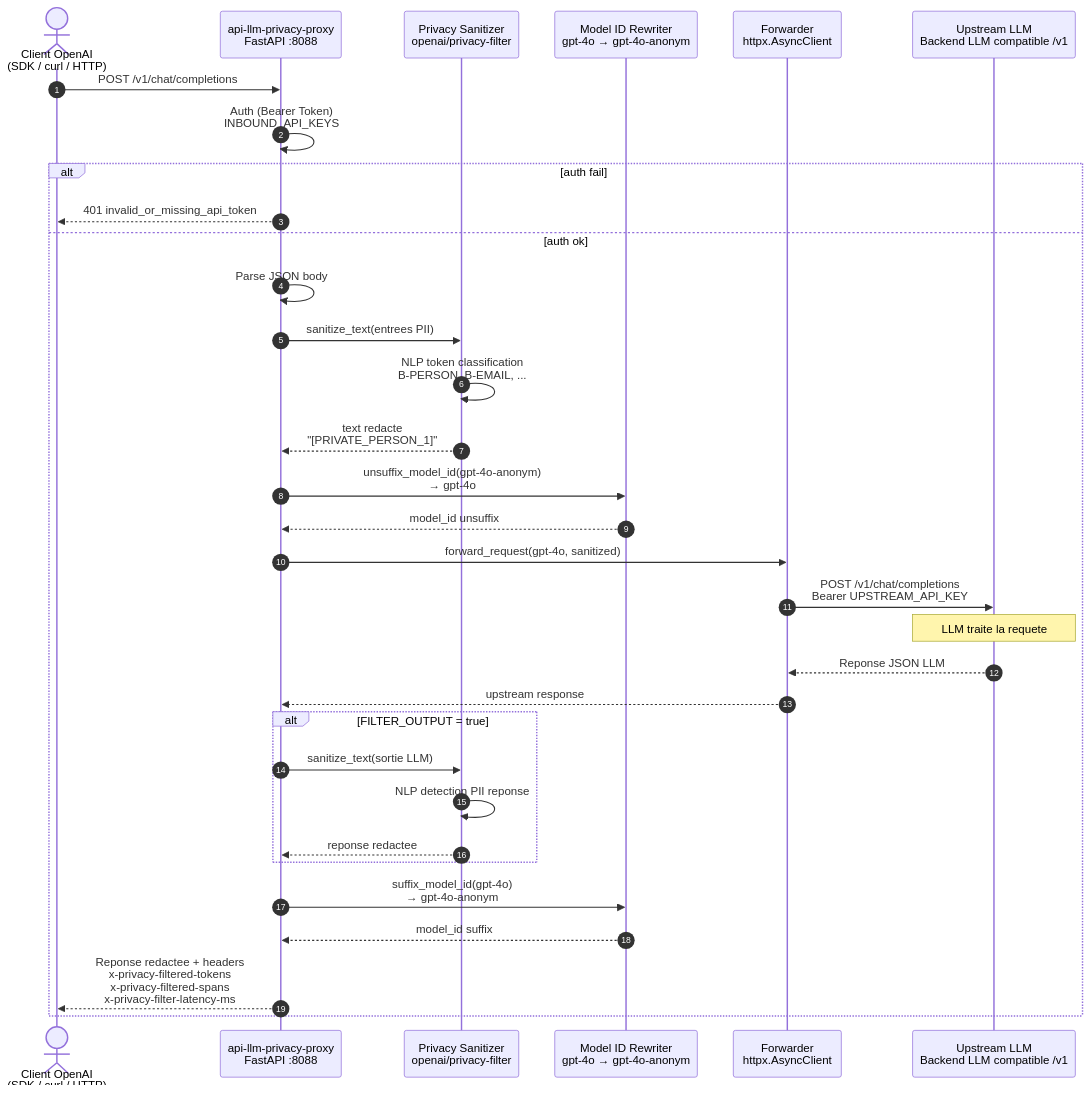
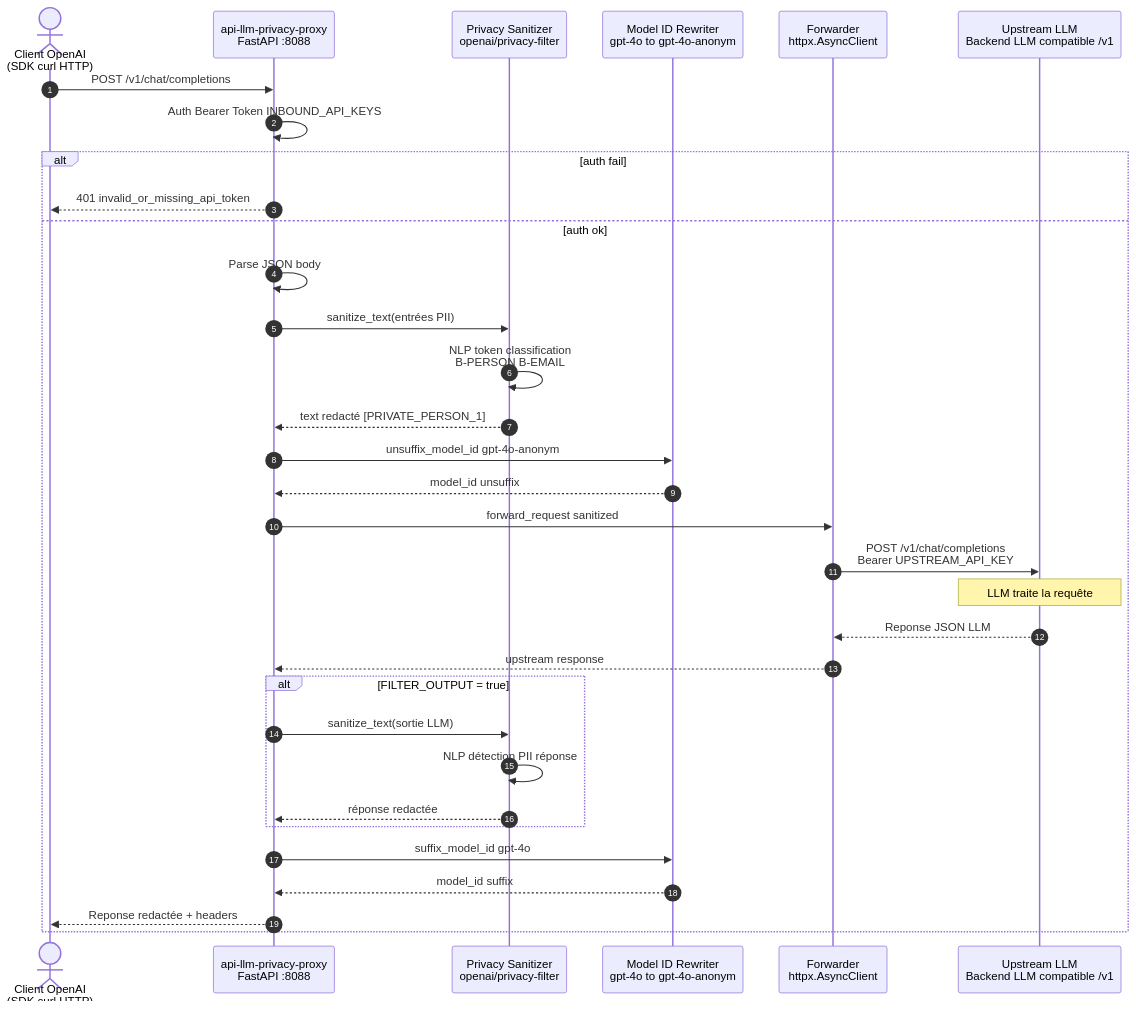
One commit to ynotopec/api-llm-privacy-proxy changed the first of 7 diagrams in doc/architecture.md. Above: the diagram before and after it, drawn with Mermaid. The commit also changed other lines of this file, not shown here.

First line of the commit message:
fix: correct all Mermaid rendering issues

````diff
--- a/doc/architecture.md
+++ b/doc/architecture.md
@@ -10,43 +10,43 @@
 ```mermaid
 sequenceDiagram
     autonumber
-    actor Client as Client OpenAI<br/>(SDK / curl / HTTP)
-    participant Proxy as api-llm-privacy-proxy<br/>FastAPI :8088
-    participant Sanitizer as Privacy Sanitizer<br/>openai/privacy-filter
-    participant Rewriter as Model ID Rewriter<br/>gpt-4o → gpt-4o-anonym
-    participant Forwarder as Forwarder<br/>httpx.AsyncClient
-    participant Upstream as Upstream LLM<br/>Backend LLM compatible /v1
+    actor Client as Client OpenAI<br>(SDK curl HTTP)
+    participant Proxy as api-llm-privacy-proxy<br>FastAPI :8088
+    participant Sanitizer as Privacy Sanitizer<br>openai/privacy-filter
+    participant Rewriter as Model ID Rewriter<br>gpt-4o to gpt-4o-anonym
+    participant Forwarder as Forwarder<br>httpx.AsyncClient
+    participant Upstream as Upstream LLM<br>Backend LLM compatible /v1
 
     Client->>Proxy: POST /v1/chat/completions
-    Proxy->>Proxy: Auth (Bearer Token)<br/>INBOUND_API_KEYS
+    Proxy->>Proxy: Auth Bearer Token INBOUND_API_KEYS
 
     alt auth fail
         Proxy-->>Client: 401 invalid_or_missing_api_token
     else auth ok
         Proxy->>Proxy: Parse JSON body
 
-        Proxy->>Sanitizer: sanitize_text(entrees PII)
-        Sanitizer->>Sanitizer: NLP token classification<br/>B-PERSON, B-EMAIL, ...
-        Sanitizer-->>Proxy: text redacte<br/>"[PRIVATE_PERSON_1]"
+        Proxy->>Sanitizer: sanitize_text(entrées PII)
+        Sanitizer->>Sanitizer: NLP token classification<br>B-PERSON B-EMAIL
+        Sanitizer-->>Proxy: text redacté [PRIVATE_PERSON_1]
 
-        Proxy->>Rewriter: unsuffix_model_id(gpt-4o-anonym)<br/>→ gpt-4o
+        Proxy->>Rewriter: unsuffix_model_id gpt-4o-anonym
         Rewriter-->>Proxy: model_id unsuffix
 
-        Proxy->>Forwarder: forward_request(gpt-4o, sanitized)
-        Forwarder->>Upstream: POST /v1/chat/completions<br/>Bearer UPSTREAM_API_KEY
-        Note over Upstream: LLM traite la requete
+        Proxy->>Forwarder: forward_request sanitized
+        Forwarder->>Upstream: POST /v1/chat/completions<br>Bearer UPSTREAM_API_KEY
+        Note over Upstream: LLM traite la requête
         Upstream-->>Forwarder: Reponse JSON LLM
         Forwarder-->>Proxy: upstream response
 
         alt FILTER_OUTPUT = true
             Proxy->>Sanitizer: sanitize_text(sortie LLM)
-            Sanitizer->>Sanitizer: NLP detection PII reponse
-            Sanitizer-->>Proxy: reponse redactee
+            Sanitizer->>Sanitizer: NLP détection PII réponse
+            Sanitizer-->>Proxy: réponse redactée
         end
 
-        Proxy->>Rewriter: suffix_model_id(gpt-4o)<br/>→ gpt-4o-anonym
+        Proxy->>Rewriter: suffix_model_id gpt-4o
         Rewriter-->>Proxy: model_id suffix
 
-        Proxy-->>Client: Reponse redactee + headers<br/>x-privacy-filtered-tokens<br/>x-privacy-filtered-spans<br/>x-privacy-filter-latency-ms
+        Proxy-->>Client: Reponse redactée + headers
     end
 ```
````
